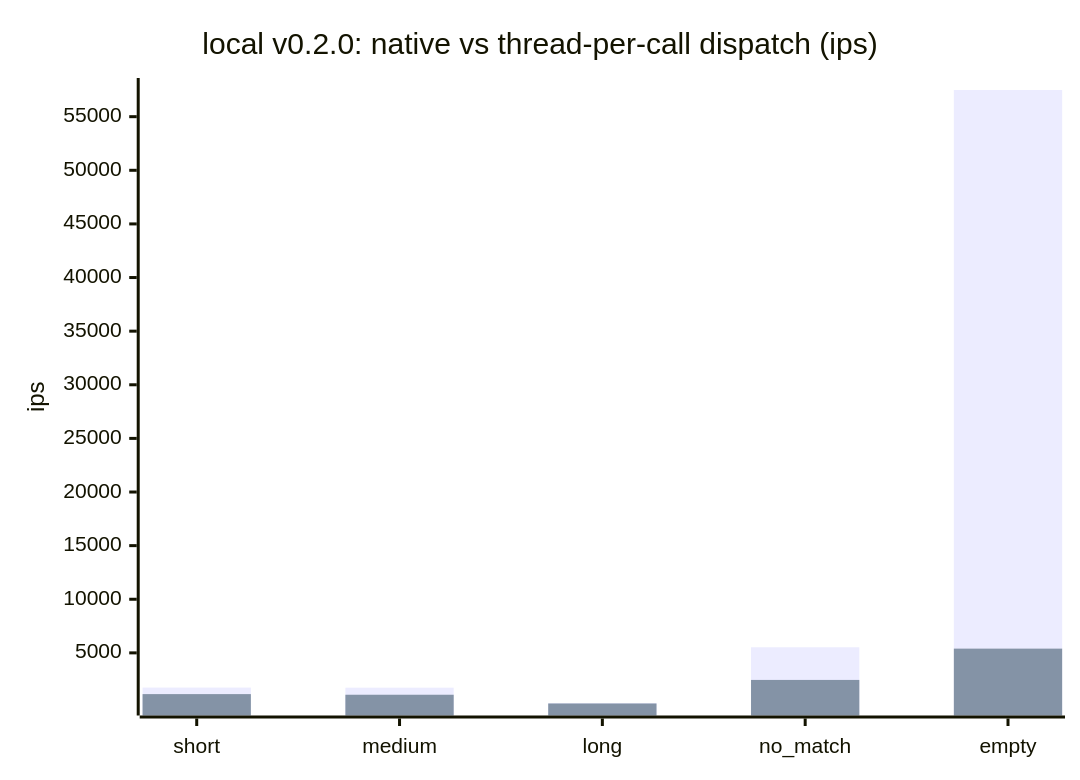
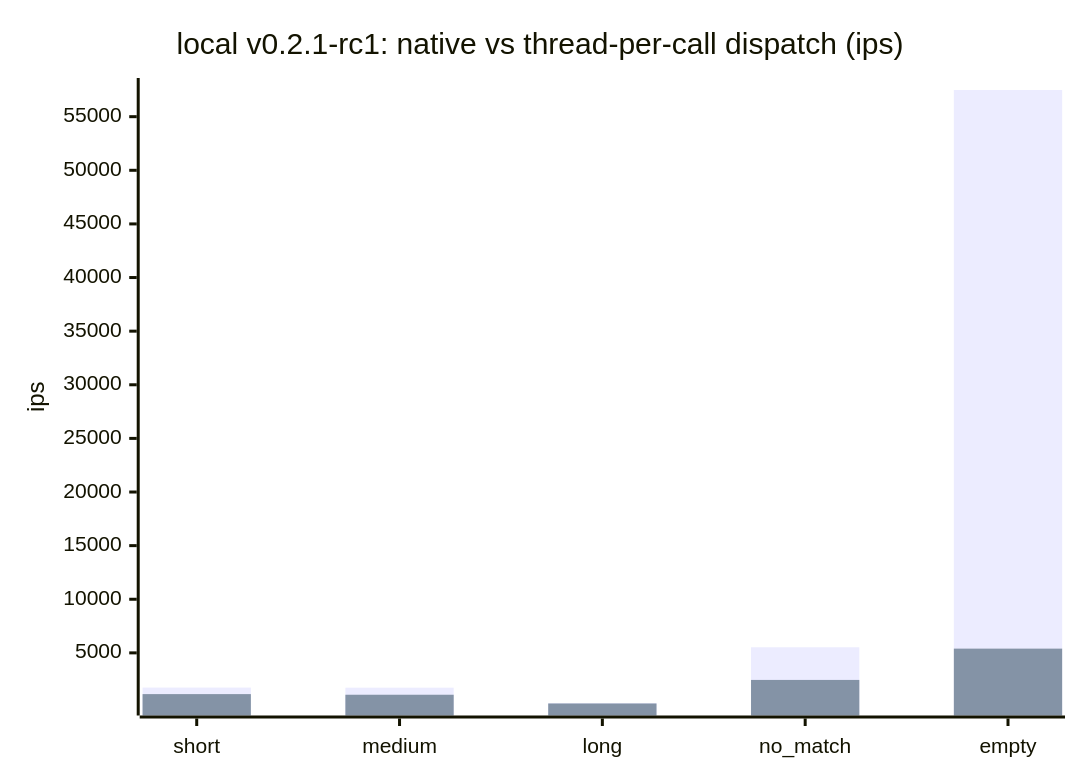
Before and after one commit to cpb/duckling: the third of 5 diagrams in docs/benchmarks/README.md, drawn with Mermaid. The commit also changed other lines of this file and 8 other files, not shown here.

````diff
--- a/docs/benchmarks/README.md
+++ b/docs/benchmarks/README.md
@@ -124,8 +124,8 @@
 ```mermaid
 xychart-beta
-    title "local v0.2.0: native vs thread-per-call dispatch (ips)"
+    title "local v0.2.1-rc1: native vs thread-per-call dispatch (ips)"
     x-axis [short, medium, long, no_match, empty]
     y-axis "ips"
     bar "native" [1764.7, 1752.8, 317.0, 5523.6, 57487.9]
     bar "thread-per-call" [1154.4, 1095.9, 279.2, 2477.0, 5396.2]
 ```
````
